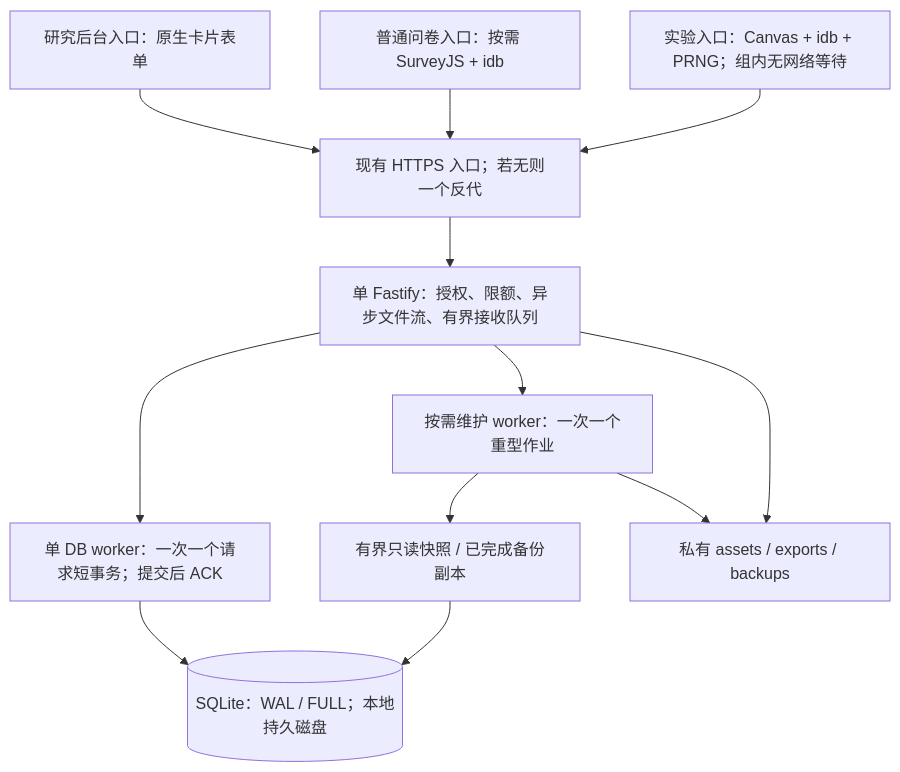
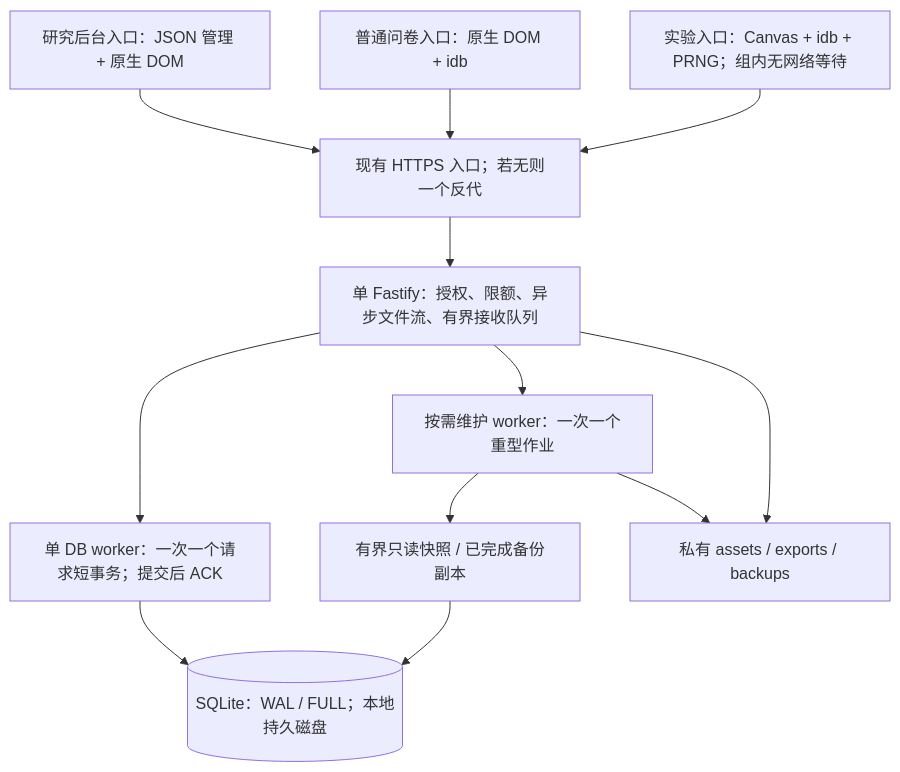
Before and after one commit to tianzilei/browser-psych-lab: the diagram in docs/轻量化架构与并发稳定性决策.md, drawn with Mermaid. The commit also changed other lines of this file and 33 other files, not shown here.

````diff
--- a/docs/轻量化架构与并发稳定性决策.md
+++ b/docs/轻量化架构与并发稳定性决策.md
@@ -18,14 +20,14 @@
 ```mermaid
 flowchart TD
-  Admin["研究后台入口：原生卡片表单"] --> HTTPS["现有 HTTPS 入口；若无则一个反代"]
-  Survey["普通问卷入口：按需 SurveyJS + idb"] --> HTTPS
+  Admin["研究后台入口：JSON 管理 + 原生 DOM"] --> HTTPS["现有 HTTPS 入口；若无则一个反代"]
+  Survey["普通问卷入口：原生 DOM + idb"] --> HTTPS
   Runner["实验入口：Canvas + idb + PRNG；组内无网络等待"] --> HTTPS
   HTTPS --> HTTP["单 Fastify：授权、限额、异步文件流、有界接收队列"]
   HTTP --> Writer["单 DB worker：一次一个请求短事务；提交后 ACK"]
   Writer --> DB[("SQLite：WAL / FULL；本地持久磁盘")]
   HTTP --> Jobs["按需维护 worker：一次一个重型作业"]
   Jobs --> View["有界只读快照 / 已完成备份副本"]
   View --> DB
   HTTP --> FS["私有 assets / exports / backups"]
   Jobs --> FS
 ```
````
